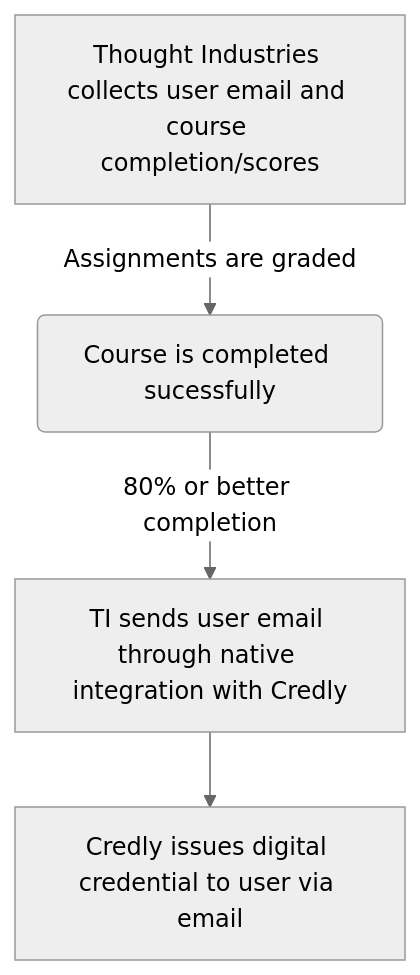
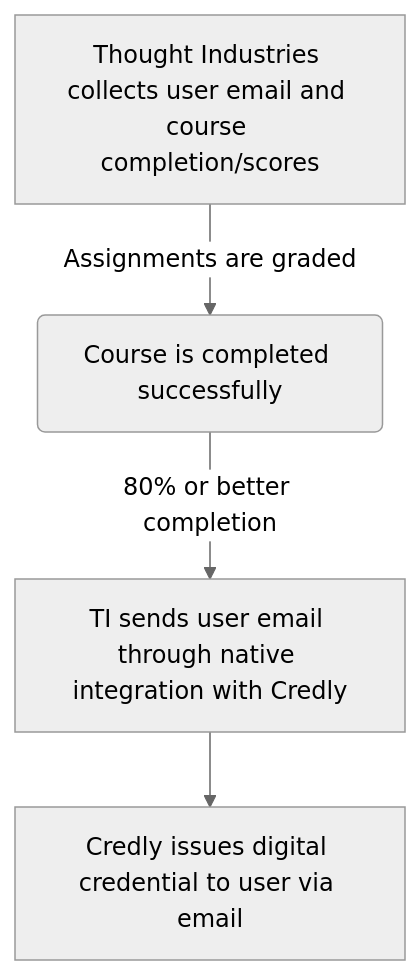
The second of 2 diagrams in content/handbook/customer-success/education-services/tech-stack/credly.md (secretstartups/handbook), drawn with Mermaid (neutral theme) before and after one commit. The commit also changed other lines of this file, not shown here.

````diff
--- a/content/handbook/customer-success/education-services/tech-stack/credly.md
+++ b/content/handbook/customer-success/education-services/tech-stack/credly.md
@@ -31,6 +31,6 @@
 ```mermaid
 graph TD
-A[Thought Industries collects user email and course completion/scores] -->|Assignments are graded| B(Course is completed sucessfully)
+A[Thought Industries collects user email and course completion/scores] -->|Assignments are graded| B(Course is completed successfully)
 B -->|80% or better completion| C[TI sends user email through native integration with Credly]
 C --> E[Credly issues digital credential to user via email]
 ```
````
